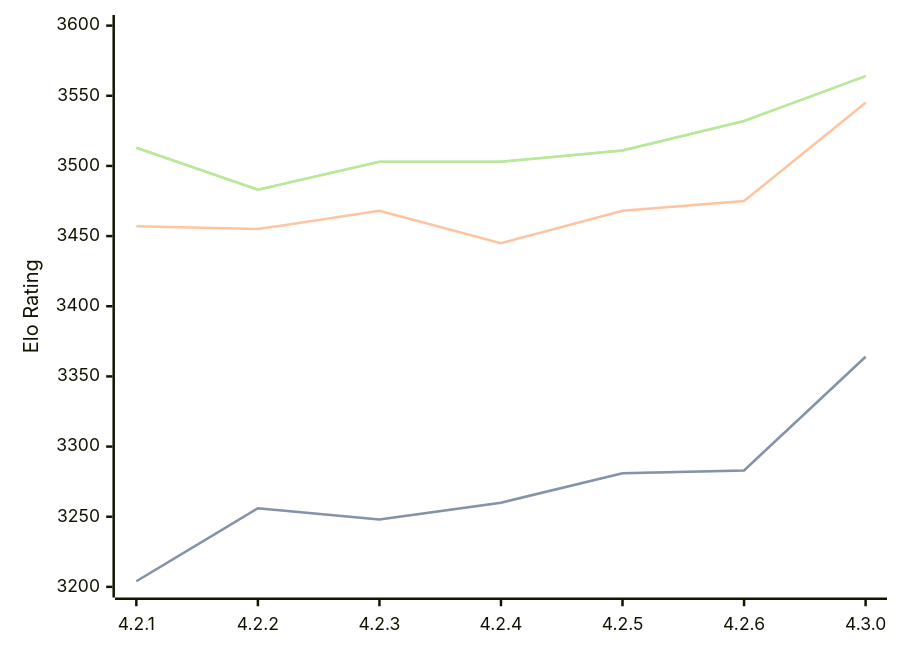
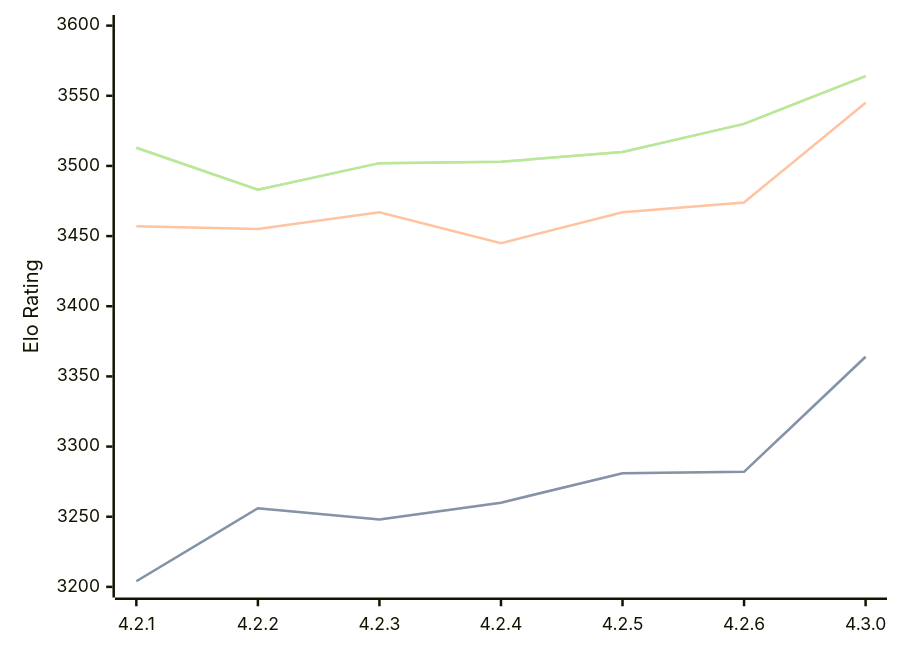
Before and after one commit to computer-chess-index/cci: the diagram in engines/Gaia.md, drawn with Mermaid. The commit also changed other lines of this file, not shown here.

Commit message:
Update CCI Ratings (ELO VLTC) - 2026-10-01

````diff
--- a/engines/Gaia.md
+++ b/engines/Gaia.md
@@ -43,11 +43,11 @@
 ```mermaid
 %%{init: {"theme":"base","themeVariables":{"seriesColors:['#a3a3a3','#222221','#faa371']}}}%%
 xychart-beta
   x-axis ["4.2.1", "4.2.2", "4.2.3", "4.2.4", "4.2.5", "4.2.6", "4.3.0"]
   y-axis "Elo Rating" 3200 --> 3600
-  line "" [3204, 3256, 3248, 3260, 3281, 3283, 3364]
-  line "STC (8.0+0.08s)" [3204, 3256, 3248, 3260, 3281, 3283, 3364]
-  line "LTC (60.0+0.60s)" [3457, 3455, 3468, 3445, 3468, 3475, 3545]
-  line "" [3513, 3483, 3503, 3503, 3511, 3532, 3564]
-  line "VLTC (2m24s+1.12s)" [3513, 3483, 3503, 3503, 3511, 3532, 3564]
+  line "" [3204, 3256, 3248, 3260, 3281, 3282, 3364]
+  line "STC (8.0+0.08s)" [3204, 3256, 3248, 3260, 3281, 3282, 3364]
+  line "LTC (60.0+0.60s)" [3457, 3455, 3467, 3445, 3467, 3474, 3545]
+  line "" [3513, 3483, 3502, 3503, 3510, 3530, 3564]
+  line "VLTC (2m24s+1.12s)" [3513, 3483, 3502, 3503, 3510, 3530, 3564]
 ```
````
